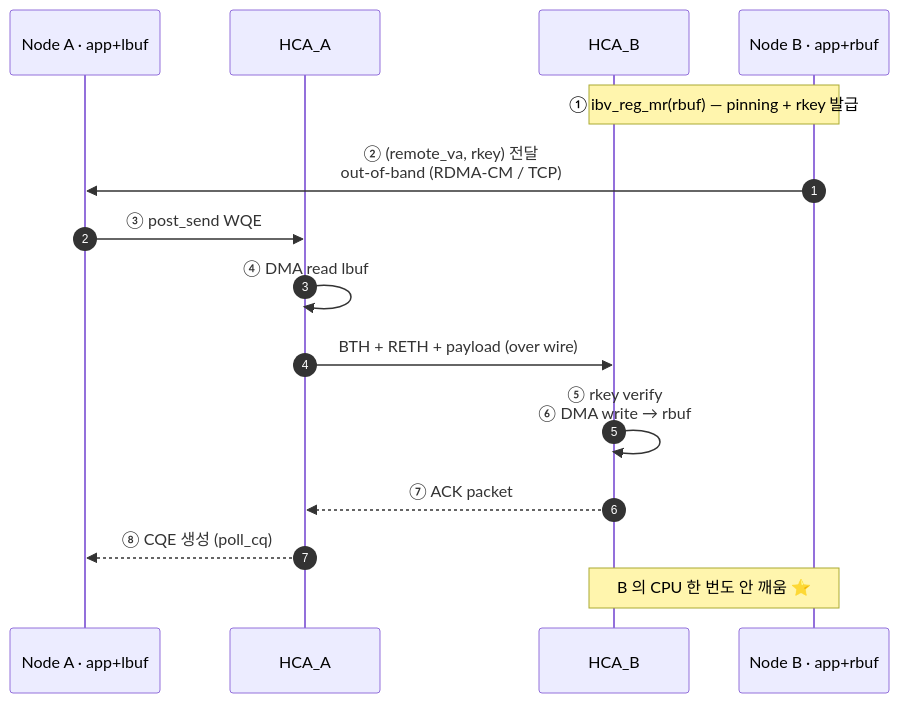
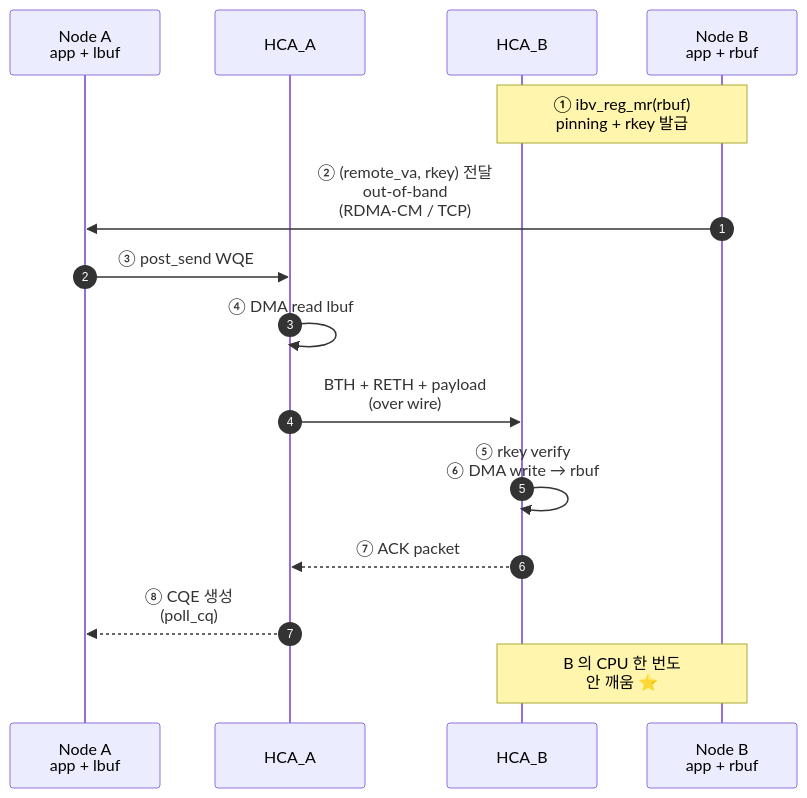
One commit to humbleowl39/DV_SKOOL changed the second of 7 diagrams in topics/rdma/docs/01_rdma_motivation.md. Above: the diagram before and after it, drawn with Mermaid. The commit also changed other lines of this file, not shown here.

First line of the commit message:
RDMA Module 01: 다크모드 가독성 + 시퀀스 노트 폭 넘침 수정

````diff
--- a/topics/rdma/docs/01_rdma_motivation.md
+++ b/topics/rdma/docs/01_rdma_motivation.md
@@ -105,18 +105,18 @@
 ```mermaid
 sequenceDiagram
     autonumber
-    participant AppA as Node A · app+lbuf
+    participant AppA as Node A<br/>app + lbuf
     participant HA as HCA_A
     participant HB as HCA_B
-    participant AppB as Node B · app+rbuf
+    participant AppB as Node B<br/>app + rbuf
 
-    Note over AppB,HB: ① ibv_reg_mr(rbuf) — pinning + rkey 발급
-    AppB->>AppA: ② (remote_va, rkey) 전달<br/>out-of-band (RDMA-CM / TCP)
+    Note over HB,AppB: ① ibv_reg_mr(rbuf)<br/>pinning + rkey 발급
+    AppB->>AppA: ② (remote_va, rkey) 전달<br/>out-of-band<br/>(RDMA-CM / TCP)
     AppA->>HA: ③ post_send WQE
     HA->>HA: ④ DMA read lbuf
-    HA->>HB: BTH + RETH + payload (over wire)
+    HA->>HB: BTH + RETH + payload<br/>(over wire)
     HB->>HB: ⑤ rkey verify<br/>⑥ DMA write → rbuf
     HB-->>HA: ⑦ ACK packet
-    HA-->>AppA: ⑧ CQE 생성 (poll_cq)
-    Note over AppB,HB: B 의 CPU 한 번도 안 깨움 ⭐
+    HA-->>AppA: ⑧ CQE 생성<br/>(poll_cq)
+    Note over HB,AppB: B 의 CPU 한 번도<br/>안 깨움 ⭐
 ```
````
